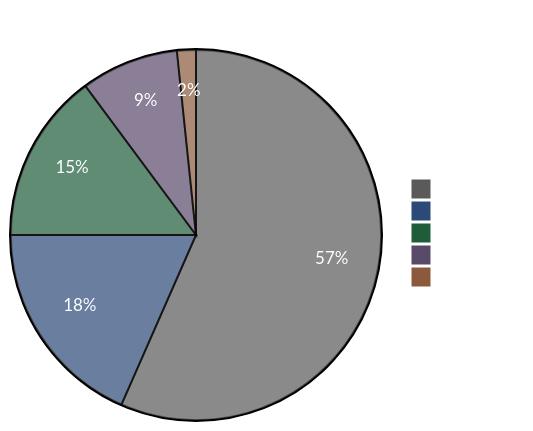
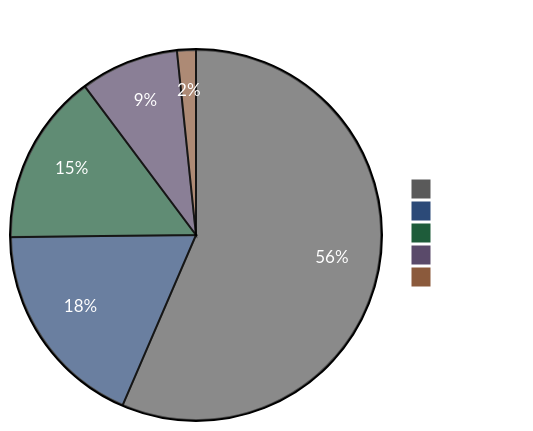
The diagram in README.md (ccmeteorljh/reco-arxiv-daily), drawn with Mermaid before and after one commit. The commit also changed other lines of this file and 7 other files, not shown here.

````diff
--- a/README.md
+++ b/README.md
@@ -6,19 +6,19 @@
 ```mermaid
 %%{init: {'theme':'base', 'themeVariables': {
   'pie1':'#5a5a5a',
   'pie2':'#2c4a78',
   'pie3':'#1e5c3a',
   'pie4':'#5a4a6a',
   'pie5':'#8b5a3c',
   'pieTitleTextColor':'#ffffff',
   'pieSectionTextColor':'#ffffff',
   'pieLegendTextColor':'#ffffff'
 }}}%%
 pie showData
 title Paper Distribution by Tag
-  "Other" : 618
+  "Other" : 619
   "LLM" : 201
-  "GR" : 162
-  "Seq" : 93
+  "GR" : 164
+  "Seq" : 94
   "Scaling" : 18
 ```
````
